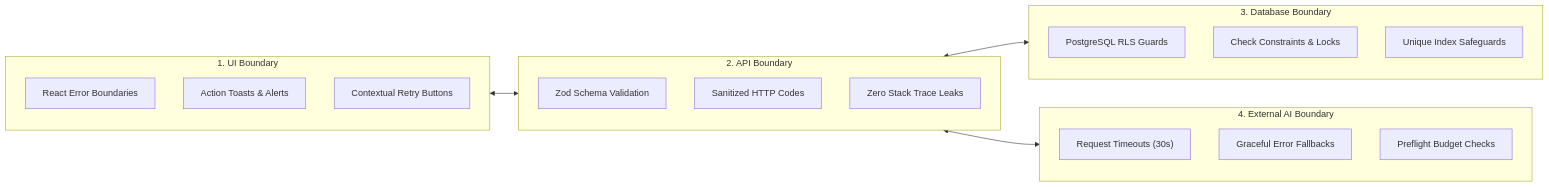
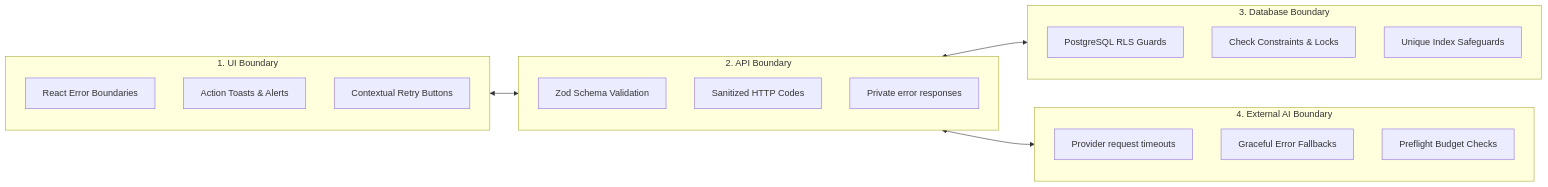
Before and after one commit to CS3227-2610-MP4-CodeLeet/CS3227-2610-MP4: the seventh of 7 diagrams in docs/DeveloperGuide.md, drawn with Mermaid. The commit also changed other lines of this file and 3 other files, not shown here.

````diff
--- a/docs/DeveloperGuide.md
+++ b/docs/DeveloperGuide.md
@@ -445,30 +419,30 @@
 ```mermaid
 graph LR
     subgraph B1["1. UI Boundary"]
         ReactEB["React Error Boundaries"]
         Toasts["Action Toasts & Alerts"]
         RetryBtns["Contextual Retry Buttons"]
     end
     
     subgraph B2["2. API Boundary"]
         Zod["Zod Schema Validation"]
         SanitizedHTTP["Sanitized HTTP Codes"]
-        NoStackLeak["Zero Stack Trace Leaks"]
+        NoStackLeak["Private error responses"]
     end
     
     subgraph B3["3. Database Boundary"]
         PGRLS["PostgreSQL RLS Guards"]
         CheckConst["Check Constraints & Locks"]
         UniqueIdx["Unique Index Safeguards"]
     end
     
     subgraph B4["4. External AI Boundary"]
-        Timeout["Request Timeouts (30s)"]
+        Timeout["Provider request timeouts"]
         FallbackMsg["Graceful Error Fallbacks"]
         TokenBudget["Preflight Budget Checks"]
     end
 
     B1 <--> B2
     B2 <--> B3
     B2 <--> B4
 ```
````
